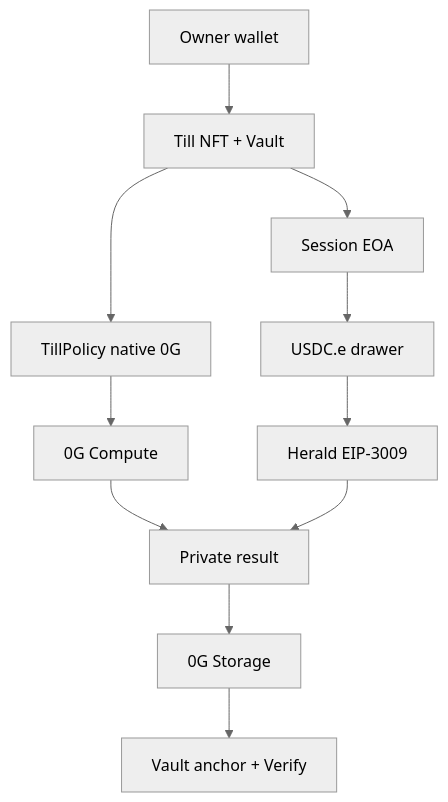
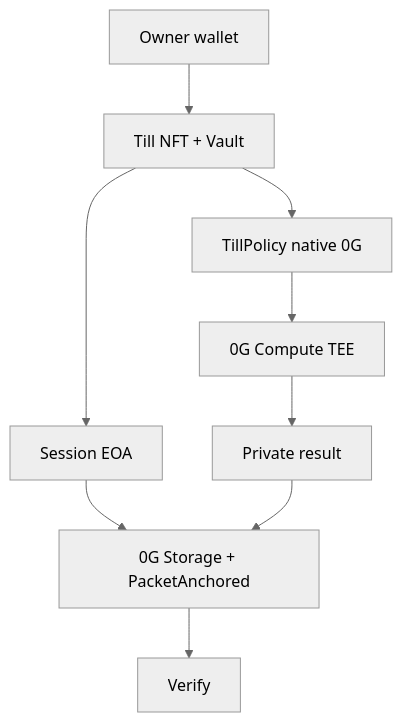
Before and after one commit to Mr-Ben-dev/Till: the diagram in README.md, drawn with Mermaid (neutral theme). The commit also changed other lines of this file and 37 other files, not shown here.

````diff
--- a/README.md
+++ b/README.md
@@ -83,13 +98,11 @@
 ```mermaid
 flowchart TD
   Owner[Owner wallet] --> Till[Till NFT + Vault]
   Till --> Policy[TillPolicy native 0G]
   Till --> Session[Session EOA]
-  Session --> Drawer[USDC.e drawer]
-  Policy --> Compute[0G Compute]
-  Drawer --> Herald[Herald EIP-3009]
+  Policy --> Compute[0G Compute TEE]
   Compute --> Result[Private result]
-  Herald --> Result
-  Result --> Storage[0G Storage]
-  Storage --> Proof[Vault anchor + Verify]
+  Session --> Storage[0G Storage + PacketAnchored]
+  Result --> Storage
+  Storage --> Proof[Verify]
 ```
````
